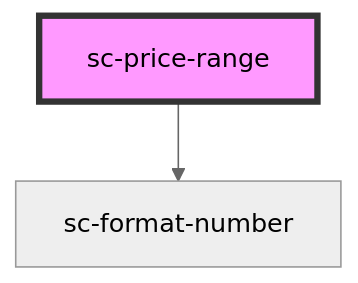
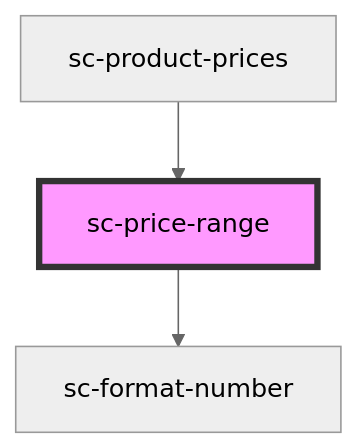
The diagram in packages/components/src/components/ui/sc-price-range/readme.md (surecart/surecart-wp-plugin), drawn with Mermaid (neutral theme) before and after one commit. The commit also changed other lines of this file and 64 other files, not shown here.

````diff
--- a/packages/components/src/components/ui/sc-price-range/readme.md
+++ b/packages/components/src/components/ui/sc-price-range/readme.md
@@ -22,5 +26,6 @@
 ```mermaid
 graph TD;
   sc-price-range --> sc-format-number
+  sc-product-prices --> sc-price-range
   style sc-price-range fill:#f9f,stroke:#333,stroke-width:4px
 ```
````
